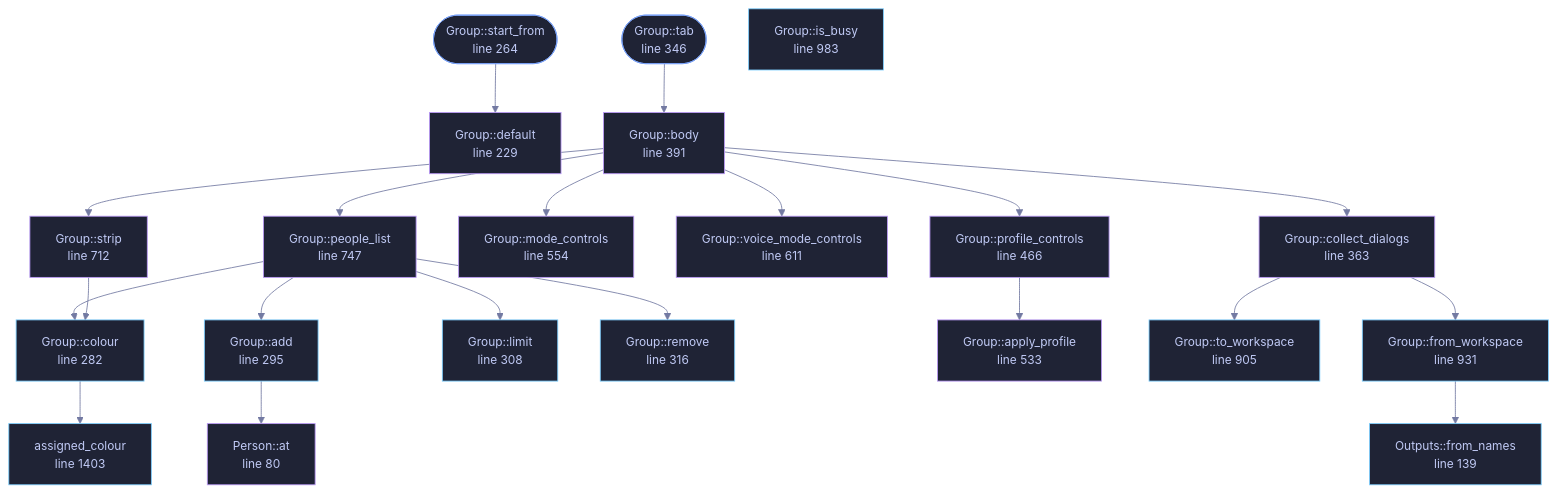
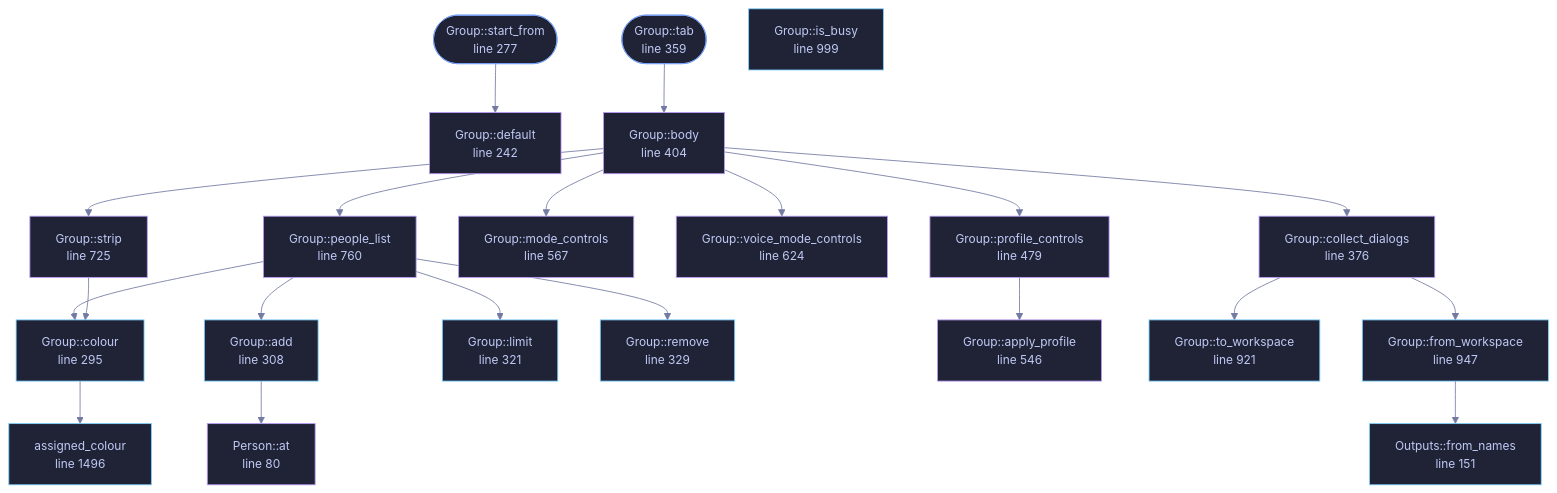
One commit to tilas01/veilvoice changed the diagram in docs/files/veilvoice-gui/group.md. Above: the diagram before and after it, drawn with Mermaid. The commit also changed other lines of this file and 67 other files, not shown here.

````diff
--- a/docs/files/veilvoice-gui/group.md
+++ b/docs/files/veilvoice-gui/group.md
@@ -125,73 +125,73 @@
 ```mermaid
 %%{init: {"theme":"base","themeVariables":{"background":"#1a1b26","primaryColor":"#1f2335","primaryTextColor":"#c0caf5","primaryBorderColor":"#7aa2f7","secondaryColor":"#16161e","tertiaryColor":"#16161e","lineColor":"#737aa2","textColor":"#c0caf5","mainBkg":"#1f2335","nodeBorder":"#7aa2f7","clusterBkg":"#16161e","clusterBorder":"#2f3549","fontFamily":"ui-monospace, SFMono-Regular, Consolas, monospace","fontSize":"14px"}}}%%
 flowchart TD
     n_at["Person::at<br/>line 80"]
-    n_default["Outputs::default<br/>line 104"]
-    n_from_names["Outputs::from_names<br/>line 139"]
-    n_default["Group::default<br/>line 229"]
-    n_start_from(["Group::start_from<br/>line 264"])
-    n_colour["Group::colour<br/>line 282"]
-    n_add["Group::add<br/>line 295"]
-    n_limit["Group::limit<br/>line 308"]
-    n_remove["Group::remove<br/>line 316"]
-    n_tab(["Group::tab<br/>line 346"])
-    n_collect_dialogs["Group::collect_dialogs<br/>line 363"]
-    n_body["Group::body<br/>line 391"]
-    n_profile_controls["Group::profile_controls<br/>line 466"]
-    n_apply_profile["Group::apply_profile<br/>line 533"]
-    n_mode_controls["Group::mode_controls<br/>line 554"]
-    n_voice_mode_controls["Group::voice_mode_controls<br/>line 611"]
-    n_strip["Group::strip<br/>line 712"]
-    n_people_list["Group::people_list<br/>line 747"]
-    n_to_workspace["Group::to_workspace<br/>line 905"]
-    n_from_workspace["Group::from_workspace<br/>line 931"]
-    n_is_busy["Group::is_busy<br/>line 983"]
-    n_assigned_colour["assigned_colour<br/>line 1403"]
+    n_default["Outputs::default<br/>line 112"]
+    n_from_names["Outputs::from_names<br/>line 151"]
+    n_default["Group::default<br/>line 242"]
+    n_start_from(["Group::start_from<br/>line 277"])
+    n_colour["Group::colour<br/>line 295"]
+    n_add["Group::add<br/>line 308"]
+    n_limit["Group::limit<br/>line 321"]
+    n_remove["Group::remove<br/>line 329"]
+    n_tab(["Group::tab<br/>line 359"])
+    n_collect_dialogs["Group::collect_dialogs<br/>line 376"]
+    n_body["Group::body<br/>line 404"]
+    n_profile_controls["Group::profile_controls<br/>line 479"]
+    n_apply_profile["Group::apply_profile<br/>line 546"]
+    n_mode_controls["Group::mode_controls<br/>line 567"]
+    n_voice_mode_controls["Group::voice_mode_controls<br/>line 624"]
+    n_strip["Group::strip<br/>line 725"]
+    n_people_list["Group::people_list<br/>line 760"]
+    n_to_workspace["Group::to_workspace<br/>line 921"]
+    n_from_workspace["Group::from_workspace<br/>line 947"]
+    n_is_busy["Group::is_busy<br/>line 999"]
+    n_assigned_colour["assigned_colour<br/>line 1496"]
     n_add --> n_at
     n_body --> n_collect_dialogs
     n_body --> n_mode_controls
     n_body --> n_people_list
     n_body --> n_profile_controls
     n_body --> n_strip
     n_body --> n_voice_mode_controls
     n_collect_dialogs --> n_from_workspace
     n_collect_dialogs --> n_to_workspace
     n_colour --> n_assigned_colour
     n_from_workspace --> n_from_names
     n_people_list --> n_add
     n_people_list --> n_colour
     n_people_list --> n_limit
     n_people_list --> n_remove
     n_profile_controls --> n_apply_profile
     n_start_from --> n_default
     n_strip --> n_colour
     n_tab --> n_body
     click n_at href "https://github.com/tilas01/veilvoice/blob/main/crates/veilvoice-gui/src/group.rs#L80" "open the source"
-    click n_default href "https://github.com/tilas01/veilvoice/blob/main/crates/veilvoice-gui/src/group.rs#L104" "open the source"
-    click n_from_names href "https://github.com/tilas01/veilvoice/blob/main/crates/veilvoice-gui/src/group.rs#L139" "open the source"
-    click n_default href "https://github.com/tilas01/veilvoice/blob/main/crates/veilvoice-gui/src/group.rs#L229" "open the source"
-    click n_start_from href "https://github.com/tilas01/veilvoice/blob/main/crates/veilvoice-gui/src/group.rs#L264" "open the source"
-    click n_colour href "https://github.com/tilas01/veilvoice/blob/main/crates/veilvoice-gui/src/group.rs#L282" "open the source"
-    click n_add href "https://github.com/tilas01/veilvoice/blob/main/crates/veilvoice-gui/src/group.rs#L295" "open the source"
-    click n_limit href "https://github.com/tilas01/veilvoice/blob/main/crates/veilvoice-gui/src/group.rs#L308" "open the source"
-    click n_remove href "https://github.com/tilas01/veilvoice/blob/main/crates/veilvoice-gui/src/group.rs#L316" "open the source"
-    click n_tab href "https://github.com/tilas01/veilvoice/blob/main/crates/veilvoice-gui/src/group.rs#L346" "open the source"
-    click n_collect_dialogs href "https://github.com/tilas01/veilvoice/blob/main/crates/veilvoice-gui/src/group.rs#L363" "open the source"
-    click n_body href "https://github.com/tilas01/veilvoice/blob/main/crates/veilvoice-gui/src/group.rs#L391" "open the source"
-    click n_profile_controls href "https://github.com/tilas01/veilvoice/blob/main/crates/veilvoice-gui/src/group.rs#L466" "open the source"
-    click n_apply_profile href "https://github.com/tilas01/veilvoice/blob/main/crates/veilvoice-gui/src/group.rs#L533" "open the source"
-    click n_mode_controls href "https://github.com/tilas01/veilvoice/blob/main/crates/veilvoice-gui/src/group.rs#L554" "open the source"
-    click n_voice_mode_controls href "https://github.com/tilas01/veilvoice/blob/main/crates/veilvoice-gui/src/group.rs#L611" "open the source"
-    click n_strip href "https://github.com/tilas01/veilvoice/blob/main/crates/veilvoice-gui/src/group.rs#L712" "open the source"
-    click n_people_list href "https://github.com/tilas01/veilvoice/blob/main/crates/veilvoice-gui/src/group.rs#L747" "open the source"
-    click n_to_workspace href "https://github.com/tilas01/veilvoice/blob/main/crates/veilvoice-gui/src/group.rs#L905" "open the source"
-    click n_from_workspace href "https://github.com/tilas01/veilvoice/blob/main/crates/veilvoice-gui/src/group.rs#L931" "open the source"
-    click n_is_busy href "https://github.com/tilas01/veilvoice/blob/main/crates/veilvoice-gui/src/group.rs#L983" "open the source"
-    click n_assigned_colour href "https://github.com/tilas01/veilvoice/blob/main/crates/veilvoice-gui/src/group.rs#L1403" "open the source"
+    click n_default href "https://github.com/tilas01/veilvoice/blob/main/crates/veilvoice-gui/src/group.rs#L112" "open the source"
+    click n_from_names href "https://github.com/tilas01/veilvoice/blob/main/crates/veilvoice-gui/src/group.rs#L151" "open the source"
+    click n_default href "https://github.com/tilas01/veilvoice/blob/main/crates/veilvoice-gui/src/group.rs#L242" "open the source"
+    click n_start_from href "https://github.com/tilas01/veilvoice/blob/main/crates/veilvoice-gui/src/group.rs#L277" "open the source"
+    click n_colour href "https://github.com/tilas01/veilvoice/blob/main/crates/veilvoice-gui/src/group.rs#L295" "open the source"
+    click n_add href "https://github.com/tilas01/veilvoice/blob/main/crates/veilvoice-gui/src/group.rs#L308" "open the source"
+    click n_limit href "https://github.com/tilas01/veilvoice/blob/main/crates/veilvoice-gui/src/group.rs#L321" "open the source"
+    click n_remove href "https://github.com/tilas01/veilvoice/blob/main/crates/veilvoice-gui/src/group.rs#L329" "open the source"
+    click n_tab href "https://github.com/tilas01/veilvoice/blob/main/crates/veilvoice-gui/src/group.rs#L359" "open the source"
+    click n_collect_dialogs href "https://github.com/tilas01/veilvoice/blob/main/crates/veilvoice-gui/src/group.rs#L376" "open the source"
+    click n_body href "https://github.com/tilas01/veilvoice/blob/main/crates/veilvoice-gui/src/group.rs#L404" "open the source"
+    click n_profile_controls href "https://github.com/tilas01/veilvoice/blob/main/crates/veilvoice-gui/src/group.rs#L479" "open the source"
+    click n_apply_profile href "https://github.com/tilas01/veilvoice/blob/main/crates/veilvoice-gui/src/group.rs#L546" "open the source"
+    click n_mode_controls href "https://github.com/tilas01/veilvoice/blob/main/crates/veilvoice-gui/src/group.rs#L567" "open the source"
+    click n_voice_mode_controls href "https://github.com/tilas01/veilvoice/blob/main/crates/veilvoice-gui/src/group.rs#L624" "open the source"
+    click n_strip href "https://github.com/tilas01/veilvoice/blob/main/crates/veilvoice-gui/src/group.rs#L725" "open the source"
+    click n_people_list href "https://github.com/tilas01/veilvoice/blob/main/crates/veilvoice-gui/src/group.rs#L760" "open the source"
+    click n_to_workspace href "https://github.com/tilas01/veilvoice/blob/main/crates/veilvoice-gui/src/group.rs#L921" "open the source"
+    click n_from_workspace href "https://github.com/tilas01/veilvoice/blob/main/crates/veilvoice-gui/src/group.rs#L947" "open the source"
+    click n_is_busy href "https://github.com/tilas01/veilvoice/blob/main/crates/veilvoice-gui/src/group.rs#L999" "open the source"
+    click n_assigned_colour href "https://github.com/tilas01/veilvoice/blob/main/crates/veilvoice-gui/src/group.rs#L1496" "open the source"
     classDef entry fill:#1f2335,stroke:#7aa2f7,color:#c0caf5
     class n_start_from,n_tab entry
     classDef api fill:#1f2335,stroke:#7dcfff,color:#c0caf5
     class n_from_names,n_colour,n_add,n_limit,n_remove,n_to_workspace,n_from_workspace,n_is_busy,n_assigned_colour api
     classDef helper fill:#1f2335,stroke:#bb9af7,color:#c0caf5
     class n_at,n_default,n_default,n_collect_dialogs,n_body,n_profile_controls,n_apply_profile,n_mode_controls,n_voice_mode_controls,n_strip,n_people_list helper
 ```
````
